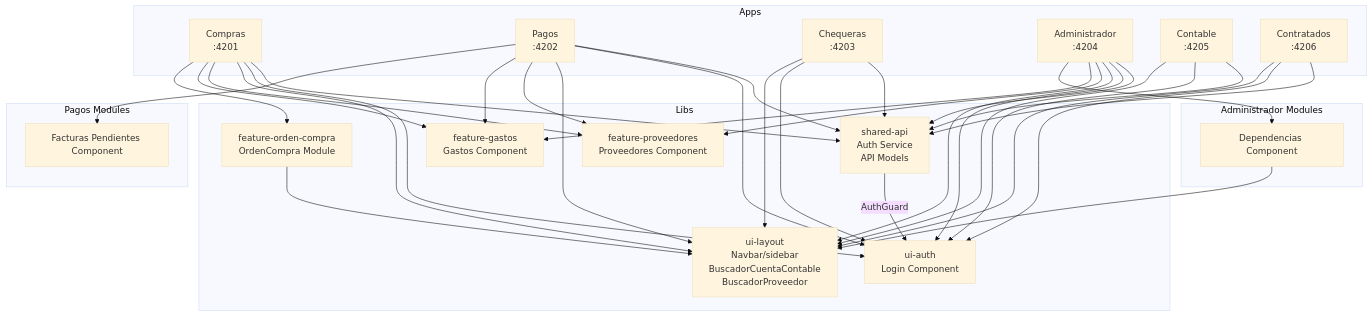
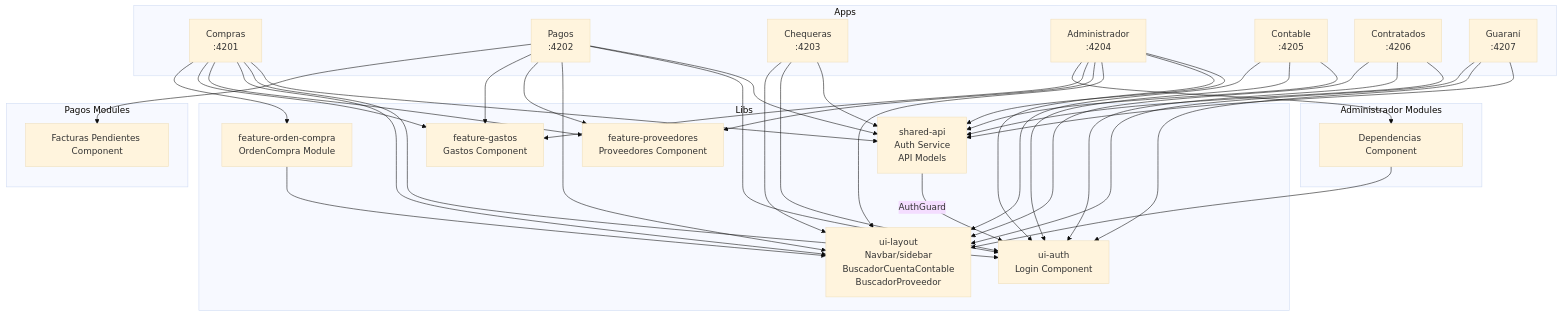
Before and after one commit to UM-services/UM.tesoreria.frontend-client: the diagram in README.md, drawn with Mermaid (base theme). The commit also changed other lines of this file and 29 other files, not shown here.

````diff
--- a/README.md
+++ b/README.md
@@ -65,65 +67,70 @@
 ```mermaid
 graph TB
     subgraph Apps
         C[Compras<br/>:4201]
         P[Pagos<br/>:4202]
         Q[Chequeras<br/>:4203]
         A[Administrador<br/>:4204]
         CT[Contable<br/>:4205]
         CR[Contratados<br/>:4206]
+        G[Guaraní<br/>:4207]
     end
 
     subgraph "Pagos Modules"
         FP[Facturas Pendientes Component]
     end
 
     subgraph "Administrador Modules"
         DEP[Dependencias Component]
     end
 
     subgraph Libs
         API[shared-api<br/>Auth Service<br/>API Models]
         AUTH[ui-auth<br/>Login Component]
         LAYOUT[ui-layout<br/>Navbar/sidebar<br/>BuscadorCuentaContable<br/>BuscadorProveedor]
         FPROV[feature-proveedores<br/>Proveedores Component]
         FGAST[feature-gastos<br/>Gastos Component]
         ORDCOMPRA[feature-orden-compra<br/>OrdenCompra Module]
     end
 
     C --> API
     C --> AUTH
     C --> LAYOUT
     C --> FPROV
     C --> FGAST
     C --> ORDCOMPRA
     ORDCOMPRA --> LAYOUT
 
     P --> API
     P --> AUTH
     P --> LAYOUT
     P --> FPROV
     P --> FGAST
     P --> FP
 
     Q --> API
     Q --> AUTH
     Q --> LAYOUT
 
     A --> API
     A --> AUTH
     A --> LAYOUT
     A --> FPROV
     A --> FGAST
     A --> DEP
     DEP --> LAYOUT
 
     CT --> API
     CT --> AUTH
     CT --> LAYOUT
 
     CR --> API
     CR --> AUTH
     CR --> LAYOUT
 
+    G --> API
+    G --> AUTH
+    G --> LAYOUT
+
     API --> |AuthGuard| AUTH
 ```
````
